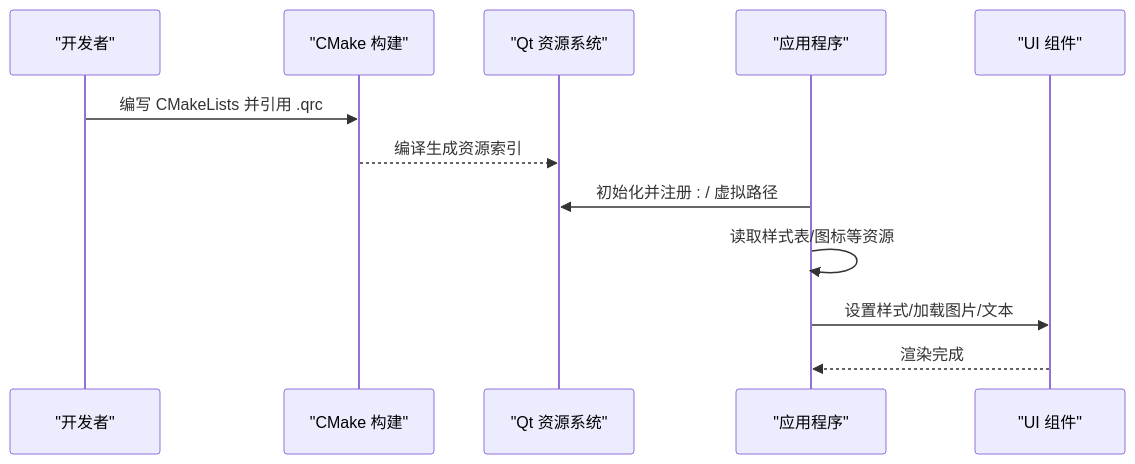
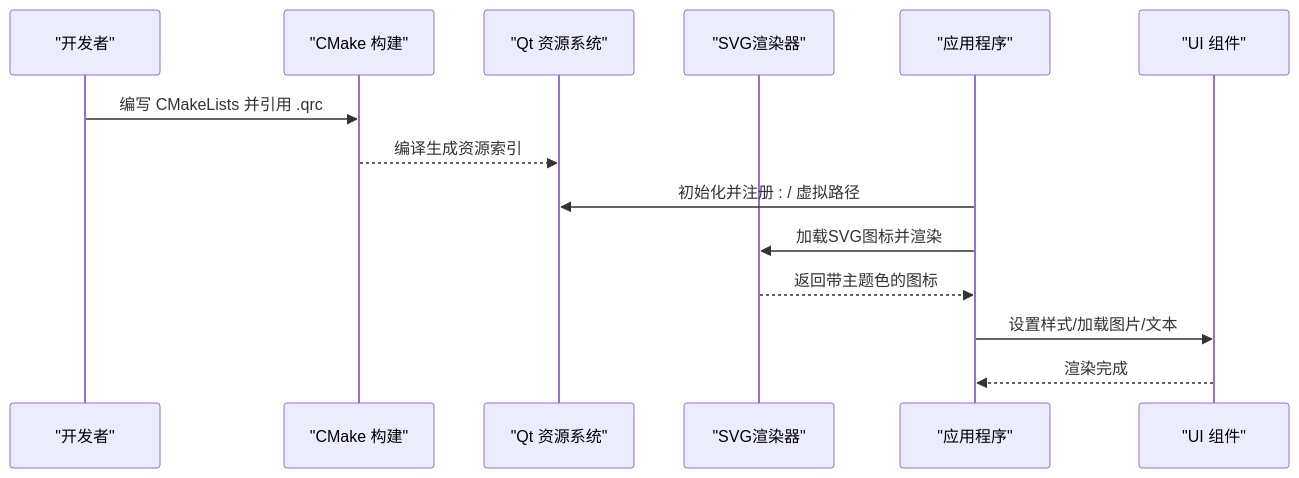
Before and after one commit to jakecai1225-design/OpenBus: the second of 10 diagrams in .qoder/repowiki/zh/content/资源管理.md, drawn with Mermaid. The commit also changed other lines of this file and 5 other files, not shown here.

````diff
--- a/.qoder/repowiki/zh/content/资源管理.md
+++ b/.qoder/repowiki/zh/content/资源管理.md
@@ -87,14 +97,16 @@
 ```mermaid
 sequenceDiagram
 participant Dev as "开发者"
 participant CMake as "CMake 构建"
 participant QtRC as "Qt 资源系统"
+participant SVG as "SVG渲染器"
 participant App as "应用程序"
 participant UI as "UI 组件"
 Dev->>CMake : 编写 CMakeLists 并引用 .qrc
 CMake-->>QtRC : 编译生成资源索引
 App->>QtRC : 初始化并注册 : / 虚拟路径
-App->>App : 读取样式表/图标等资源
+App->>SVG : 加载SVG图标并渲染
+SVG-->>App : 返回带主题色的图标
 App->>UI : 设置样式/加载图片/文本
 UI-->>App : 渲染完成
 ```
````
